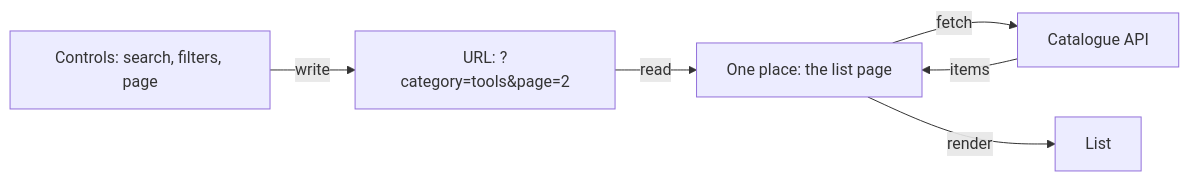
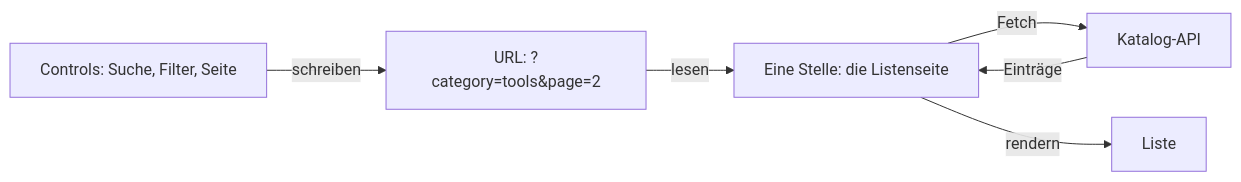
The second of 6 diagrams in topics/lists-and-pagination/README.md (christiansany/cas-fee-26-frontend-challenges), drawn with Mermaid before and after one commit. The commit also changed other lines of this file and 15 other files, not shown here.

First line of the commit message:
Rework GraphQL vs REST and translate the topics to German

````diff
--- a/topics/lists-and-pagination/README.md
+++ b/topics/lists-and-pagination/README.md
@@ -64,8 +64,8 @@
 ```mermaid
 flowchart LR
-  Controls["Controls: search, filters, page"] -- "write" --> URL["URL: ?category=tools&page=2"]
-  URL -- "read" --> Page["One place: the list page"]
-  Page -- "fetch" --> API["Catalogue API"]
-  API -- "items" --> Page
-  Page -- "render" --> List["List"]
+  Controls["Controls: Suche, Filter, Seite"] -- "schreiben" --> URL["URL: ?category=tools&page=2"]
+  URL -- "lesen" --> Page["Eine Stelle: die Listenseite"]
+  Page -- "Fetch" --> API["Katalog-API"]
+  API -- "Einträge" --> Page
+  Page -- "rendern" --> List["Liste"]
 ```
````
